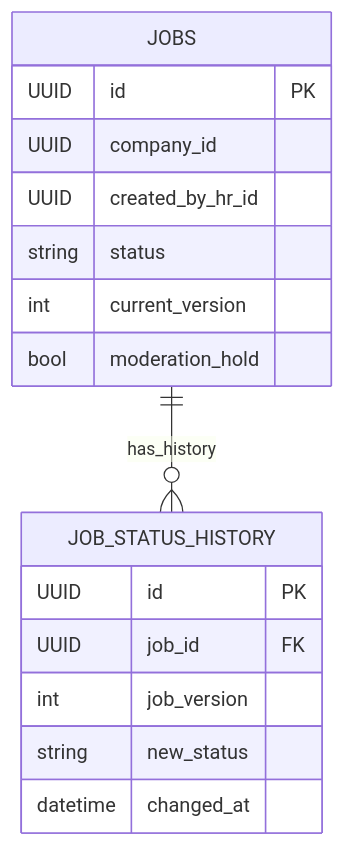
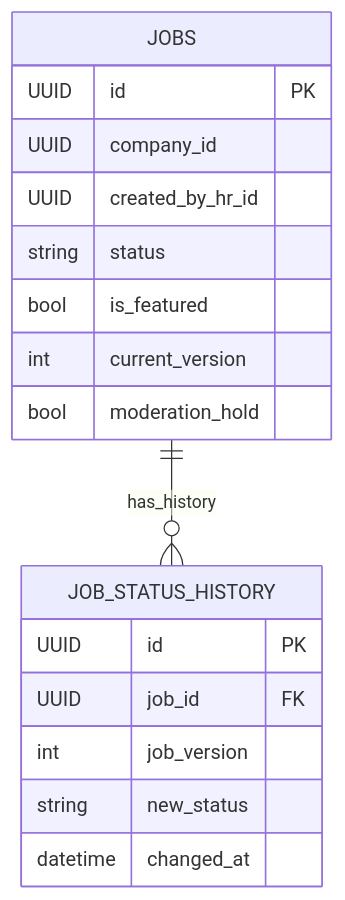
Before and after one commit to CSI-400/University-Internship-Platform: the ninth of 20 diagrams in docs/diagrams.md, drawn with Mermaid. The commit also changed other lines of this file and 7 other files, not shown here.

````diff
--- a/docs/diagrams.md
+++ b/docs/diagrams.md
@@ -314,20 +314,21 @@
 ```mermaid
 erDiagram
     JOBS ||--o{ JOB_STATUS_HISTORY : has_history
 
     JOBS {
         UUID id PK
         UUID company_id
         UUID created_by_hr_id
         string status
+        bool is_featured
         int current_version
         bool moderation_hold
     }
     JOB_STATUS_HISTORY {
         UUID id PK
         UUID job_id FK
         int job_version
         string new_status
         datetime changed_at
     }
 ```
````
